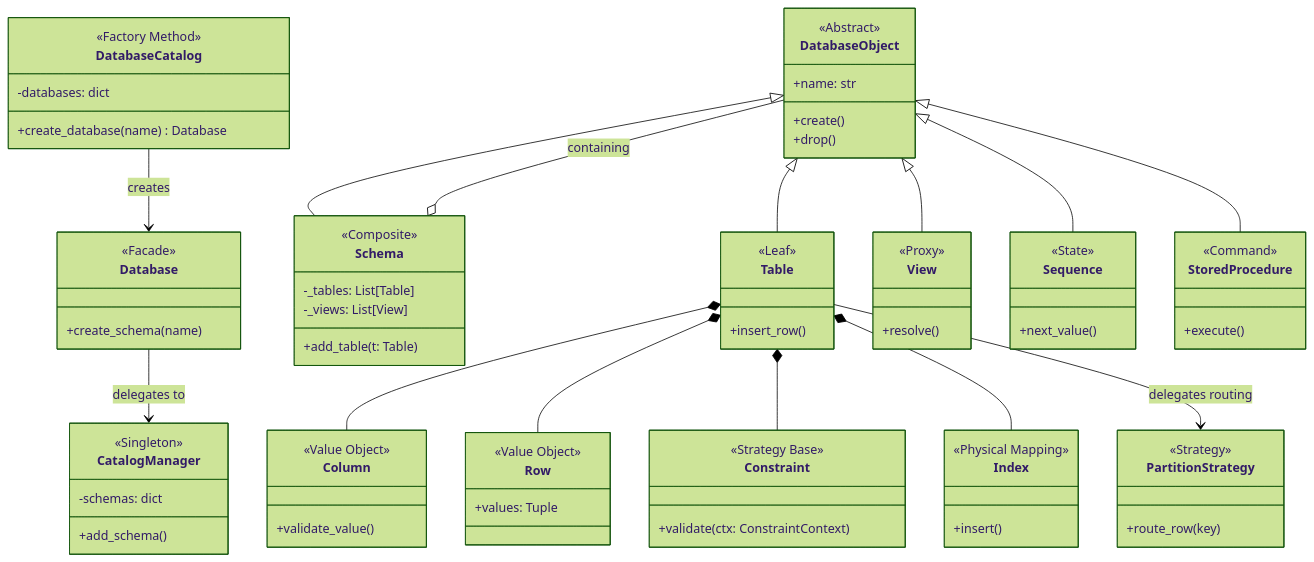
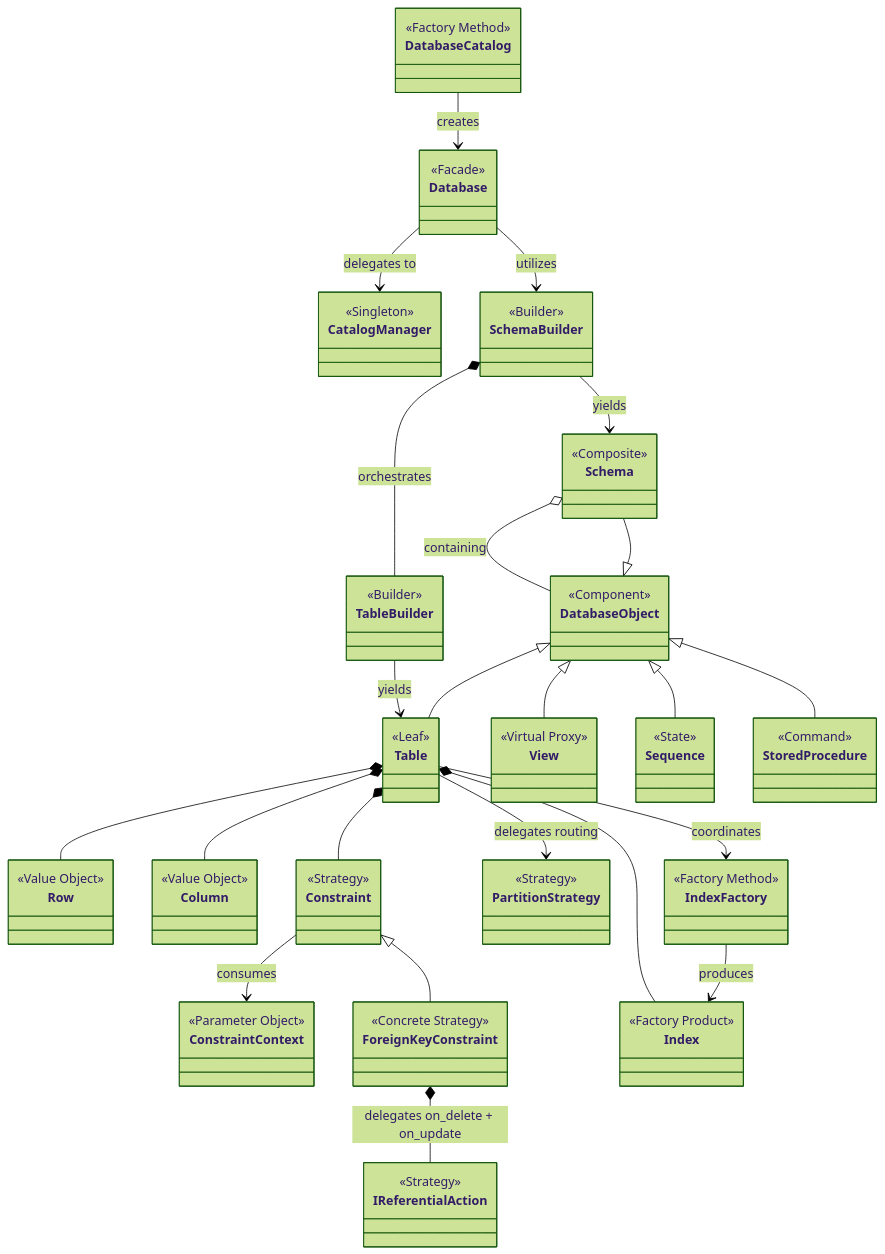
Before and after one commit to Ricky13170/bbv_DBMS: diagram 15 of 18 in docs/readme.md, drawn with Mermaid (forest theme). The commit also changed other lines of this file, not shown here.

Commit message:
fix high-level class diagram and detail class

````diff
--- a/docs/readme.md
+++ b/docs/readme.md
@@ -406,88 +406,59 @@
 ```mermaid
 classDiagram
-    %% Core Singleton & Factories
-    class CatalogManager {
-        <<Singleton>>
-        -schemas: dict
-        +add_schema()
-    }
-    class DatabaseCatalog {
-        <<Factory Method>>
-        -databases: dict
-        +create_database(name) Database
-    }
-    class Database {
-        <<Facade>>
-        +create_schema(name)
-    }
+    %% Core Management
+    class CatalogManager {<<Singleton>>}
+    class DatabaseCatalog {<<Factory Method>>}
+    class Database {<<Facade>>}
     
-    DatabaseCatalog --> Database: creates
-    Database --> CatalogManager: delegates to
+    %% Builders
+    class SchemaBuilder {<<Builder>>}
+    class TableBuilder {<<Builder>>}
+    
+    %% Composite Layer
+    class DatabaseObject {<<Component>>}
+    class Schema {<<Composite>>}
+    class Table {<<Leaf>>}
+    class View {<<Virtual Proxy>>}
+    class Sequence {<<State>>}
+    class StoredProcedure {<<Command>>}
+    
+    %% Table Internals
+    class Row {<<Value Object>>}
+    class Column {<<Value Object>>}
+    class Constraint {<<Strategy>>}
+    class ConstraintContext {<<Parameter Object>>}
+    class IReferentialAction {<<Strategy>>}
+    class ForeignKeyConstraint {<<Concrete Strategy>>}
+    
+    class PartitionStrategy {<<Strategy>>}
+    class IndexFactory {<<Factory Method>>}
+    class Index {<<Factory Product>>}
 
-    %% Composite Pattern (Database Objects)
-    class DatabaseObject {
-        <<Abstract>>
-        +name: str
-        +create()
-        +drop()
-    }
-    class Schema {
-        <<Composite>>
-        -_tables: List[Table]
-        -_views: List[View]
-        +add_table(t: Table)
-    }
-    class Table {
-        <<Leaf>>
-        +insert_row()
-    }
-    class View {
-        <<Proxy>>
-        +resolve()
-    }
-    class Sequence {
-        <<State>>
-        +next_value()
-    }
-    class StoredProcedure {
-        <<Command>>
-        +execute()
-    }
+    %% Relationships...
+    DatabaseCatalog --> Database : creates
+    Database --> CatalogManager : delegates to
+    Database --> SchemaBuilder : utilizes
+
+    SchemaBuilder *-- TableBuilder : orchestrates
+    SchemaBuilder --> Schema : yields
+    TableBuilder --> Table : yields
 
     DatabaseObject <|-- Schema
     DatabaseObject <|-- Table
     DatabaseObject <|-- View
     DatabaseObject <|-- Sequence
     DatabaseObject <|-- StoredProcedure
-    
-    %% Semantic relationship: Schema encapsulates Leaf objects
     Schema o-- DatabaseObject : containing
-
-    %% Table Internal Strategies & Value Objects
-    class PartitionStrategy {
-        <<Strategy>>
-        +route_row(key)
-    }
-    class Constraint {
-        <<Strategy Base>>
-        +validate(ctx: ConstraintContext)
-    }
-    class Column {
-        <<Value Object>>
-        +validate_value()
-    }
-    class Row {
-        <<Value Object>>
-        +values: Tuple
-    }
-    class Index {
-        <<Physical Mapping>>
-        +insert()
-    }
     
     Table *-- Column
     Table *-- Row
     Table *-- Constraint
     Table *-- Index
     Table --> PartitionStrategy : delegates routing
+    Table --> IndexFactory : coordinates
+    
+    Constraint --> ConstraintContext : consumes
+    Constraint <|-- ForeignKeyConstraint
+    ForeignKeyConstraint *-- IReferentialAction : delegates on_delete + on_update
+    IndexFactory --> Index : produces
 ```
````
